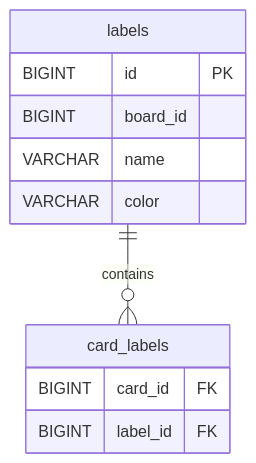
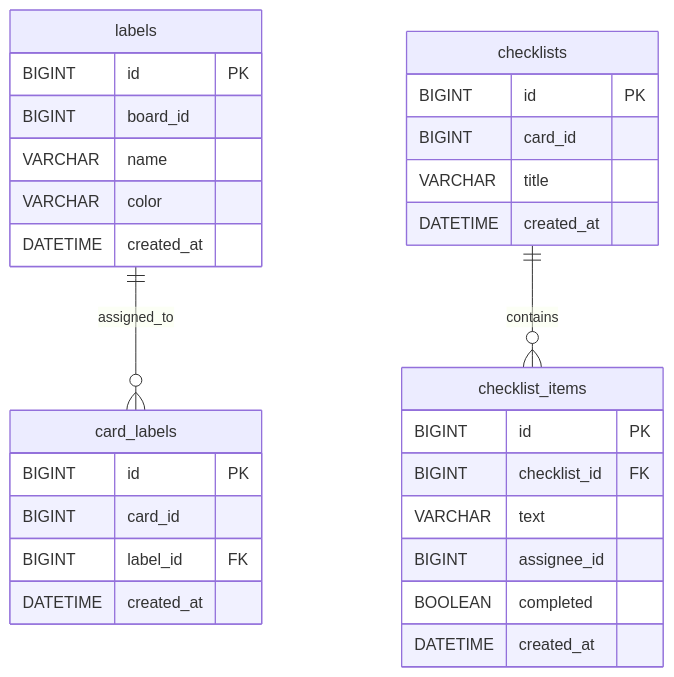
The first of 4 diagrams in docs/services/label-service/diagrams.md (Prashant-kumar-sharma/FlowBoard-Backend), drawn with Mermaid before and after one commit. The commit also changed other lines of this file and 10 other files, not shown here.

Commit message:
[Prashant] : Added Diagrams for all the services

````diff
--- a/docs/services/label-service/diagrams.md
+++ b/docs/services/label-service/diagrams.md
@@ -4,14 +4,36 @@
 ```mermaid
 erDiagram
-    labels ||--o{ card_labels : contains
+    labels ||--o{ card_labels : assigned_to
+    checklists ||--o{ checklist_items : contains
+
     labels {
         BIGINT id PK
         BIGINT board_id
         VARCHAR name
         VARCHAR color
+        DATETIME created_at
     }
+
     card_labels {
-        BIGINT card_id FK
+        BIGINT id PK
+        BIGINT card_id
         BIGINT label_id FK
+        DATETIME created_at
+    }
+
+    checklists {
+        BIGINT id PK
+        BIGINT card_id
+        VARCHAR title
+        DATETIME created_at
+    }
+
+    checklist_items {
+        BIGINT id PK
+        BIGINT checklist_id FK
+        VARCHAR text
+        BIGINT assignee_id
+        BOOLEAN completed
+        DATETIME created_at
     }
 ```
````
